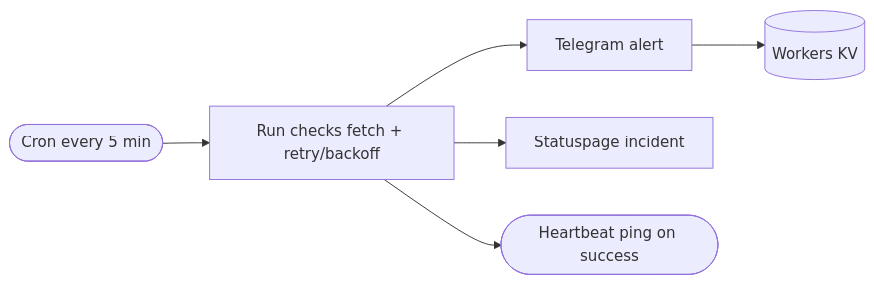
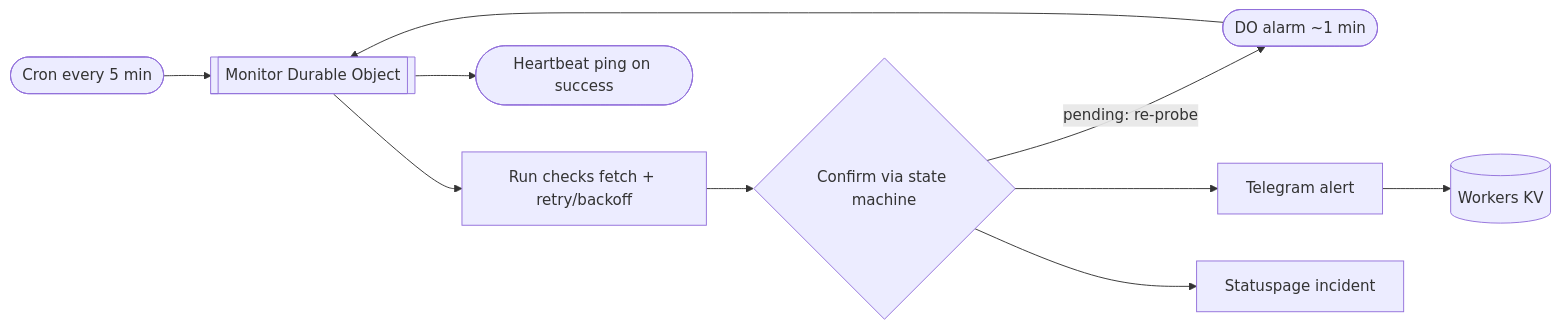
The diagram in README.md (hobroker/uptime), drawn with Mermaid before and after one commit. The commit also changed other lines of this file and 12 other files, not shown here.

First line of the commit message:
feat: flap filtering via a Monitor Durable Object (#62)

````diff
--- a/README.md
+++ b/README.md
@@ -48,8 +50,12 @@
 ```mermaid
 flowchart LR
-    cron([Cron every 5 min]) --> checks[Run checks fetch + retry/backoff]
-    checks --> tg[Telegram alert]
-    checks --> sp[Statuspage incident]
+    cron([Cron every 5 min]) --> mon[[Monitor Durable Object]]
+    alarm([DO alarm ~1 min]) --> mon
+    mon --> checks[Run checks fetch + retry/backoff]
+    checks --> sm{Confirm via state machine}
+    sm -->|pending: re-probe| alarm
+    sm --> tg[Telegram alert]
+    sm --> sp[Statuspage incident]
     tg --> kv[(Workers KV)]
-    checks --> hb([Heartbeat ping on success])
+    mon --> hb([Heartbeat ping on success])
 ```
````
